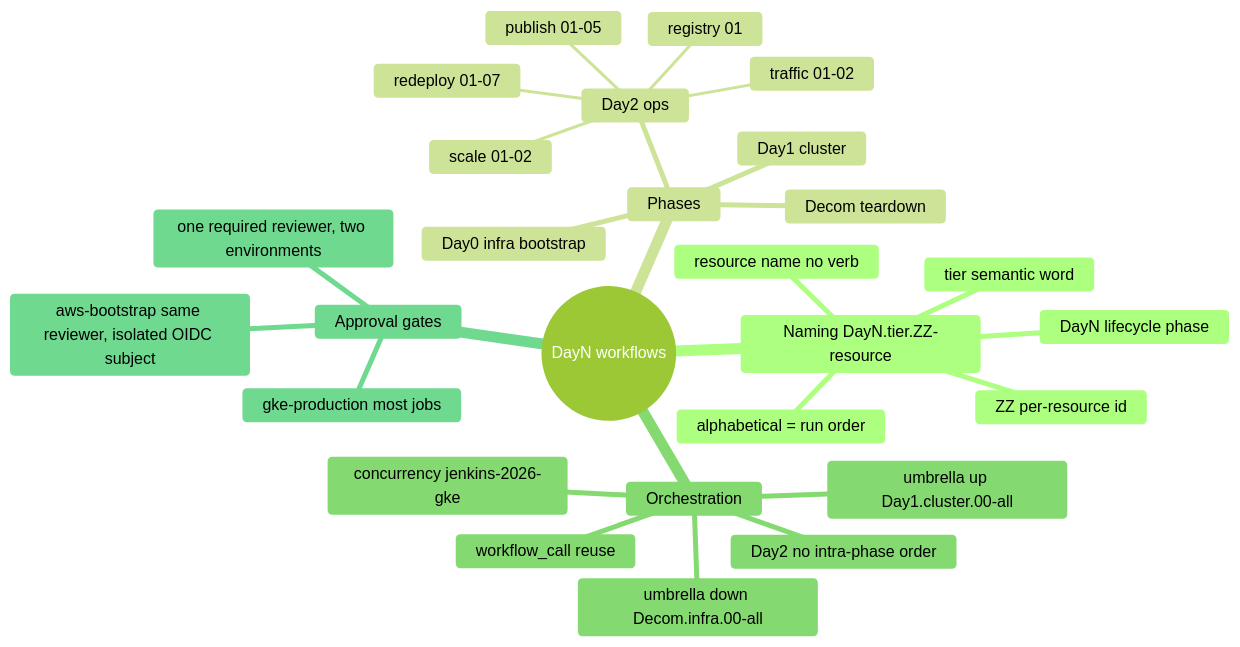
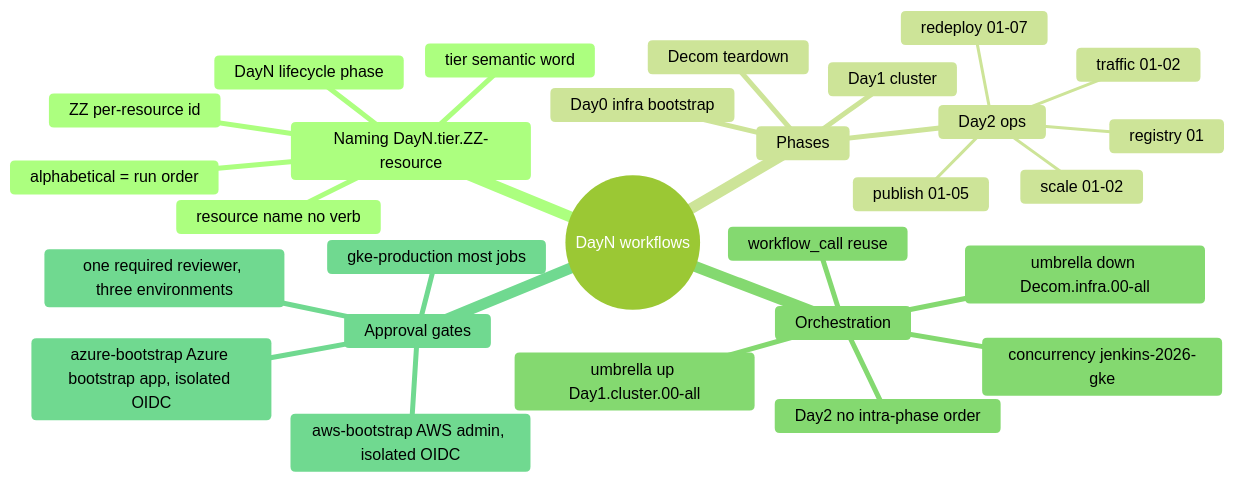
Before and after one commit to nubenetes/jenkins-2026: the first of 10 diagrams in docs/101-GITHUB_ACTIONS_WORKFLOWS.md, drawn with Mermaid (forest theme). The commit also changed other lines of this file and 11 other files, not shown here.

First line of the commit message:
feat(azure): split the Azure OIDC identity into bootstrap + publish apps (#576)

````diff
--- a/docs/101-GITHUB_ACTIONS_WORKFLOWS.md
+++ b/docs/101-GITHUB_ACTIONS_WORKFLOWS.md
@@ -14,30 +14,31 @@
 ```mermaid
 mindmap
   root((DayN workflows))
     Naming DayN.tier.ZZ-resource
       DayN lifecycle phase
       tier semantic word
       ZZ per-resource id
       resource name no verb
       alphabetical = run order
     Phases
       Day0 infra bootstrap
       Day1 cluster
       Day2 ops
         publish 01-05
         redeploy 01-07
         registry 01
         scale 01-02
         traffic 01-02
       Decom teardown
     Orchestration
       concurrency jenkins-2026-gke
       workflow_call reuse
       umbrella up Day1.cluster.00-all
       umbrella down Decom.infra.00-all
       Day2 no intra-phase order
     Approval gates
-      one required reviewer, two environments
+      one required reviewer, three environments
       gke-production most jobs
-      aws-bootstrap same reviewer, isolated OIDC subject
+      aws-bootstrap AWS admin, isolated OIDC
+      azure-bootstrap Azure bootstrap app, isolated OIDC
 ```
````
